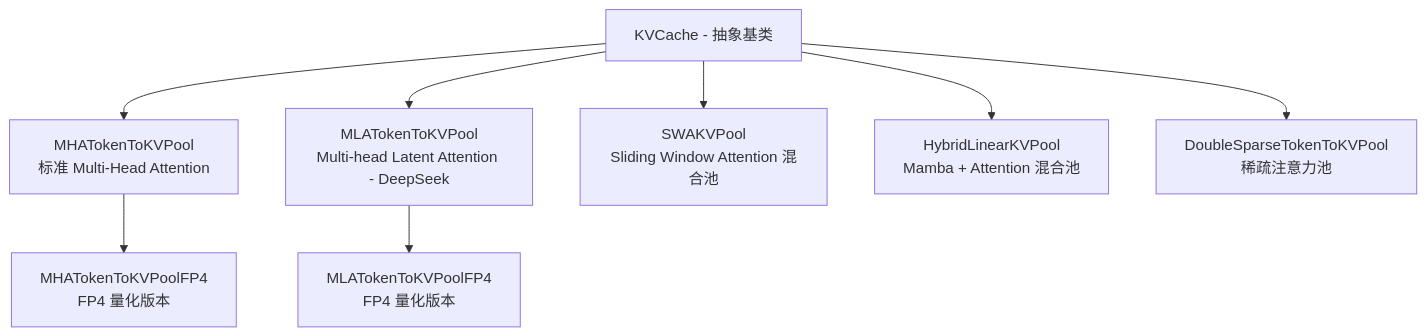
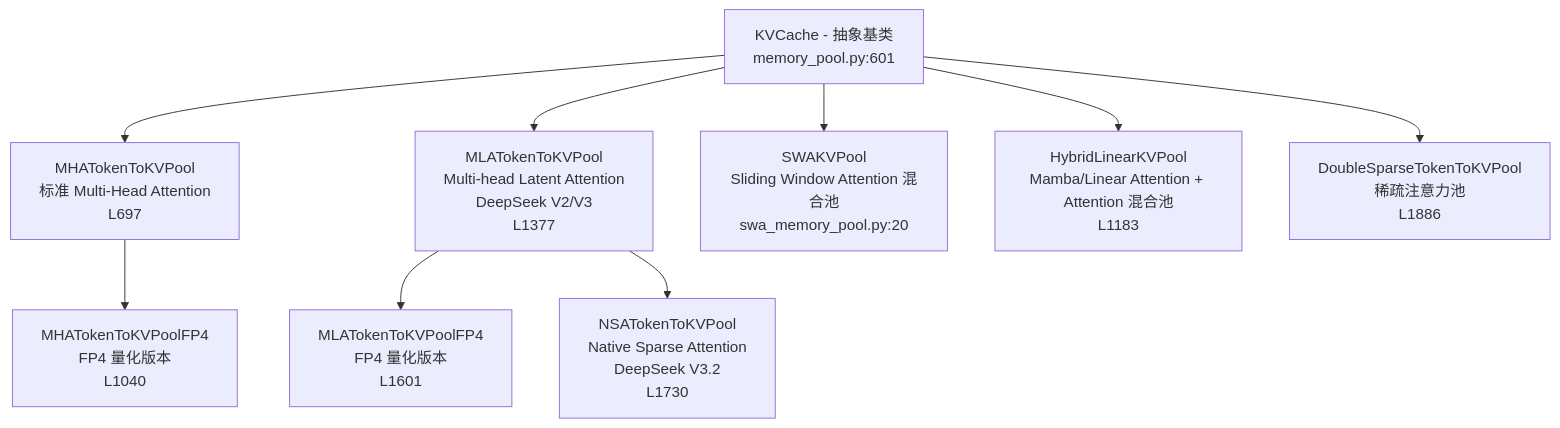
Before and after one commit to wesleyck/AIInfraNotes: the eighth of 16 diagrams in SGLang/06-memory-pool.md, drawn with Mermaid. The commit also changed other lines of this file and 26 other files, not shown here.

````diff
--- a/SGLang/06-memory-pool.md
+++ b/SGLang/06-memory-pool.md
@@ -275,19 +277,21 @@
 ```mermaid
 flowchart TB
-    KVCache["KVCache - 抽象基类"]
-    MHA["MHATokenToKVPool<br/>标准 Multi-Head Attention"]
-    MHAFP4["MHATokenToKVPoolFP4<br/>FP4 量化版本"]
-    MLA["MLATokenToKVPool<br/>Multi-head Latent Attention - DeepSeek"]
-    MLAFP4["MLATokenToKVPoolFP4<br/>FP4 量化版本"]
-    SWA["SWAKVPool<br/>Sliding Window Attention 混合池"]
-    Hybrid["HybridLinearKVPool<br/>Mamba + Attention 混合池"]
-    DS["DoubleSparseTokenToKVPool<br/>稀疏注意力池"]
+    KVCache["KVCache - 抽象基类<br/>memory_pool.py:601"]
+    MHA["MHATokenToKVPool<br/>标准 Multi-Head Attention<br/>L697"]
+    MHAFP4["MHATokenToKVPoolFP4<br/>FP4 量化版本<br/>L1040"]
+    MLA["MLATokenToKVPool<br/>Multi-head Latent Attention<br/>DeepSeek V2/V3<br/>L1377"]
+    MLAFP4["MLATokenToKVPoolFP4<br/>FP4 量化版本<br/>L1601"]
+    NSA["NSATokenToKVPool<br/>Native Sparse Attention<br/>DeepSeek V3.2<br/>L1730"]
+    SWA["SWAKVPool<br/>Sliding Window Attention 混合池<br/>swa_memory_pool.py:20"]
+    Hybrid["HybridLinearKVPool<br/>Mamba/Linear Attention + Attention 混合池<br/>L1183"]
+    DS["DoubleSparseTokenToKVPool<br/>稀疏注意力池<br/>L1886"]
 
     KVCache --> MHA
     KVCache --> MLA
     KVCache --> SWA
     KVCache --> Hybrid
     KVCache --> DS
     MHA --> MHAFP4
     MLA --> MLAFP4
+    MLA --> NSA
 ```
````
